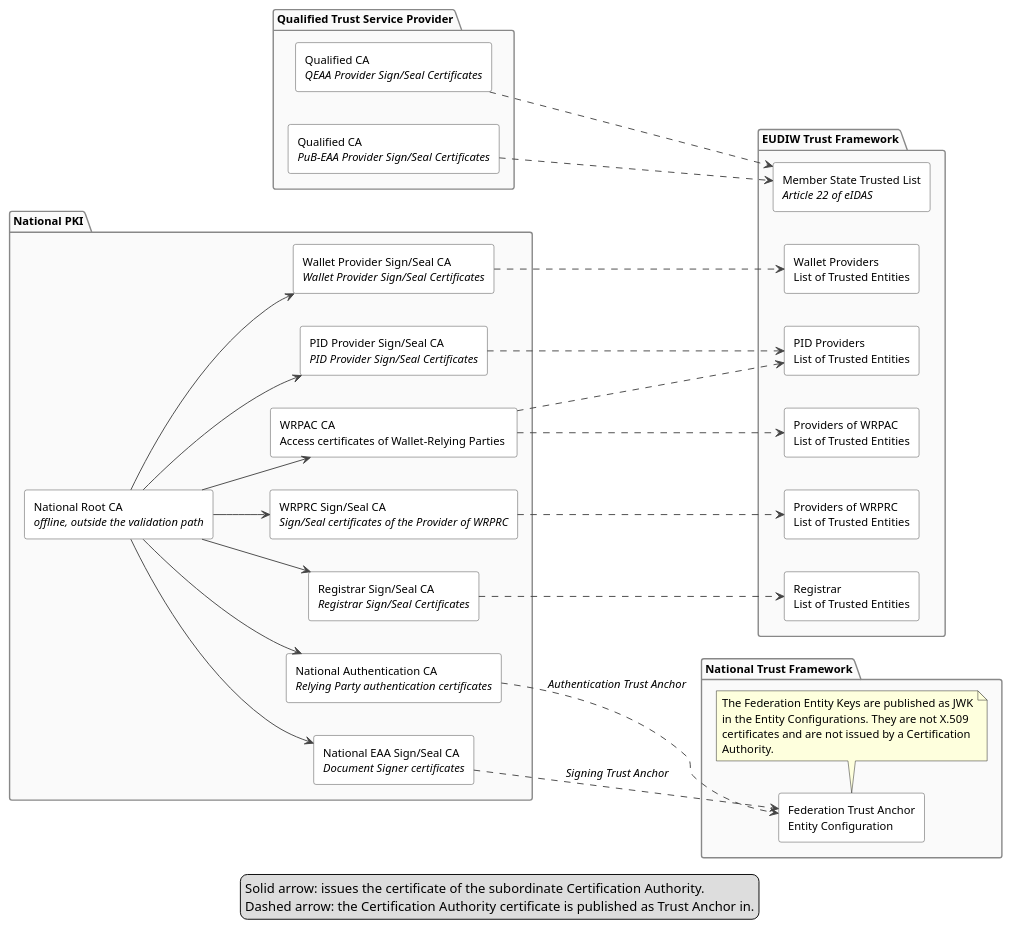
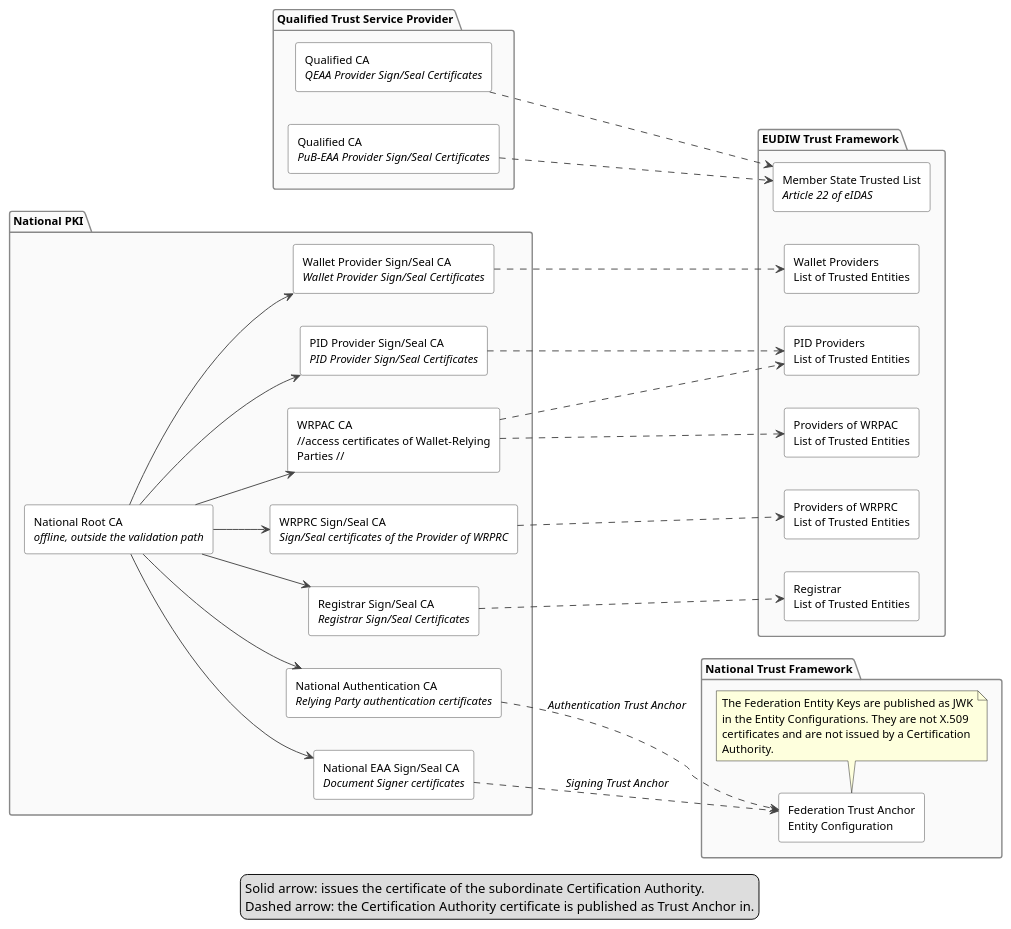
One commit to italia/eid-wallet-it-docs changed the diagram in docs/en/plantuml/pki-architecture.puml. Above: the diagram before and after it, drawn with PlantUML. The commit also changed 10 other files, not shown here.

```diff
--- a/docs/en/plantuml/pki-architecture.puml
+++ b/docs/en/plantuml/pki-architecture.puml
@@ -1,89 +1,89 @@
 @startuml
 ' Certification hierarchies and publication channel of the derived Trust Anchors.
 
 skinparam shadowing false
 skinparam defaultFontName Helvetica
 skinparam defaultFontSize 12
 skinparam ArrowColor #444444
 skinparam rectangle {
   BackgroundColor White
   BorderColor #444444
 }
 skinparam package {
   BackgroundColor #FAFAFA
   BorderColor #888888
   FontStyle bold
 }
 
 left to right direction
 
 package "National PKI" as NAT {
 
   rectangle "National Root CA\n//offline, outside the validation path//" as ROOT
 
   rectangle "PID Provider Sign/Seal CA\n//PID Provider Sign/Seal Certificates//" as CA_PIDS
   rectangle "Wallet Provider Sign/Seal CA\n//Wallet Provider Sign/Seal Certificates//" as CA_WP
   
-  rectangle "WRPAC CA\nAccess certificates of Wallet-Relying Parties " as CA_WRPAC
+  rectangle "WRPAC CA\n//access certificates of Wallet-Relying\nParties //" as CA_WRPAC
   rectangle "National Authentication CA\n//Relying Party authentication certificates//" as CA_AUTH
   rectangle "WRPRC Sign/Seal CA\n//Sign/Seal certificates of the Provider of WRPRC//" as CA_WRPRC
   rectangle "Registrar Sign/Seal CA\n//Registrar Sign/Seal Certificates//" as CA_REG
   rectangle "National EAA Sign/Seal CA\n//Document Signer certificates//" as CA_EAA
 }
 
 package "Qualified Trust Service Provider" as QTSP {
   rectangle "Qualified CA\n//QEAA Provider Sign/Seal Certificates//" as CA_Q
   rectangle "Qualified CA\n//PuB-EAA Provider Sign/Seal Certificates//" as CA_PUB
 }
 
 package "EUDIW Trust Framework" as PUBEU {
   rectangle "PID Providers\nList of Trusted Entities" as L_PID
   rectangle "Wallet Providers\nList of Trusted Entities" as L_WP
   ' rectangle "PuB-EAA Providers\nList of Trusted Entities" as L_PUB
   rectangle "Providers of WRPAC\nList of Trusted Entities" as L_WRPAC
   rectangle "Providers of WRPRC\nList of Trusted Entities" as L_WRPRC
   rectangle "Registrar\nList of Trusted Entities" as L_REG
   rectangle "Member State Trusted List\n//Article 22 of eIDAS//" as L_TL
 }
 
 package "National Trust Framework" as PUBNAT {
   rectangle "Federation Trust Anchor\nEntity Configuration" as L_FED
   note bottom
     The Federation Entity Keys are published as JWK
     in the Entity Configurations. They are not X.509
     certificates and are not issued by a Certification
     Authority.
   end note  
 }
 
 ROOT --> CA_PIDS
 ROOT --> CA_WP
 ROOT --> CA_WRPAC
 ROOT --> CA_AUTH
 ROOT --> CA_WRPRC
 ROOT --> CA_REG
 ROOT --> CA_EAA
 
 CA_PIDS ..> L_PID
 CA_WP ..> L_WP
 CA_PUB ..> L_TL
 CA_WRPAC ..> L_WRPAC
 CA_WRPAC ..> L_PID
 CA_WRPRC ..> L_WRPRC
 CA_REG ..> L_REG
 CA_Q ..> L_TL
 CA_AUTH ..> L_FED : //Authentication Trust Anchor//
 CA_EAA ..> L_FED : //Signing Trust Anchor//
 
 ' note bottom of PUBNAT
 '   The Federation Entity Keys are published as JWK
 '   in the Entity Configurations. They are not X.509
 '   certificates and are not issued by a Certification
 '   Authority.
 ' end note
 
 legend bottom
   Solid arrow: issues the certificate of the subordinate Certification Authority.
   Dashed arrow: the Certification Authority certificate is published as Trust Anchor in.
 endlegend
 @enduml
```
